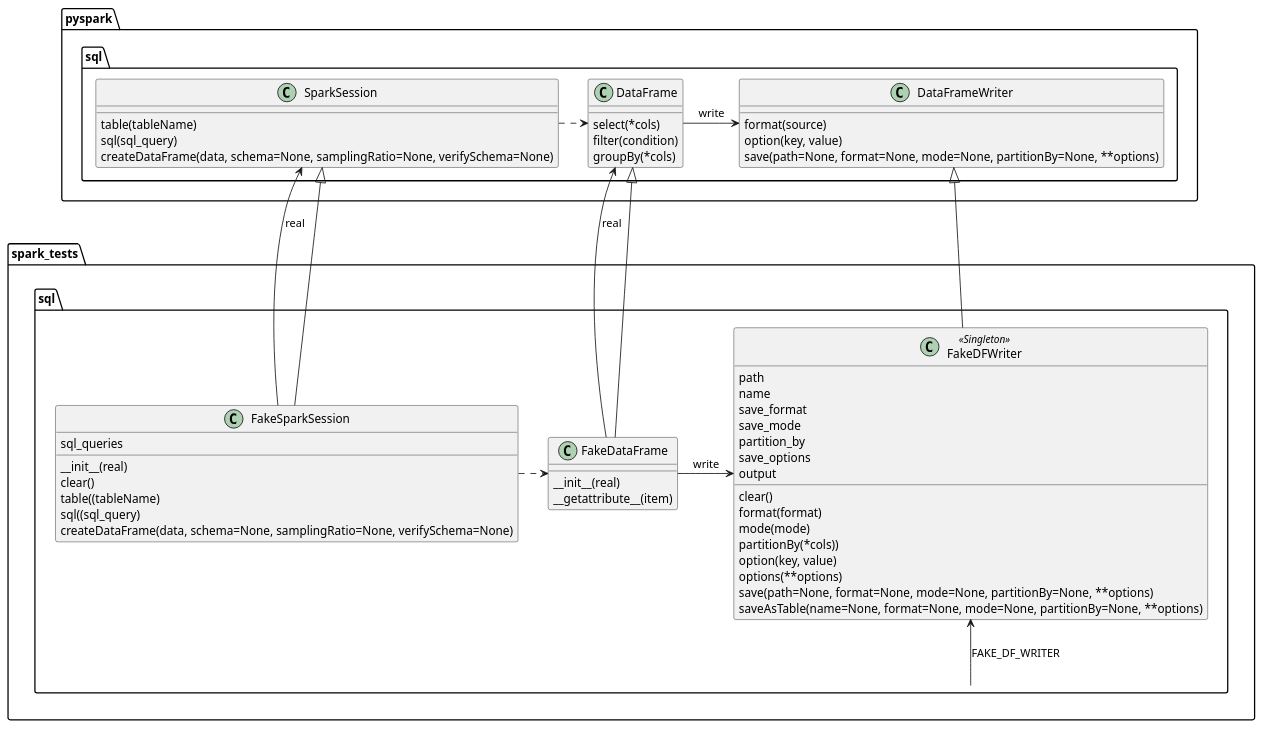
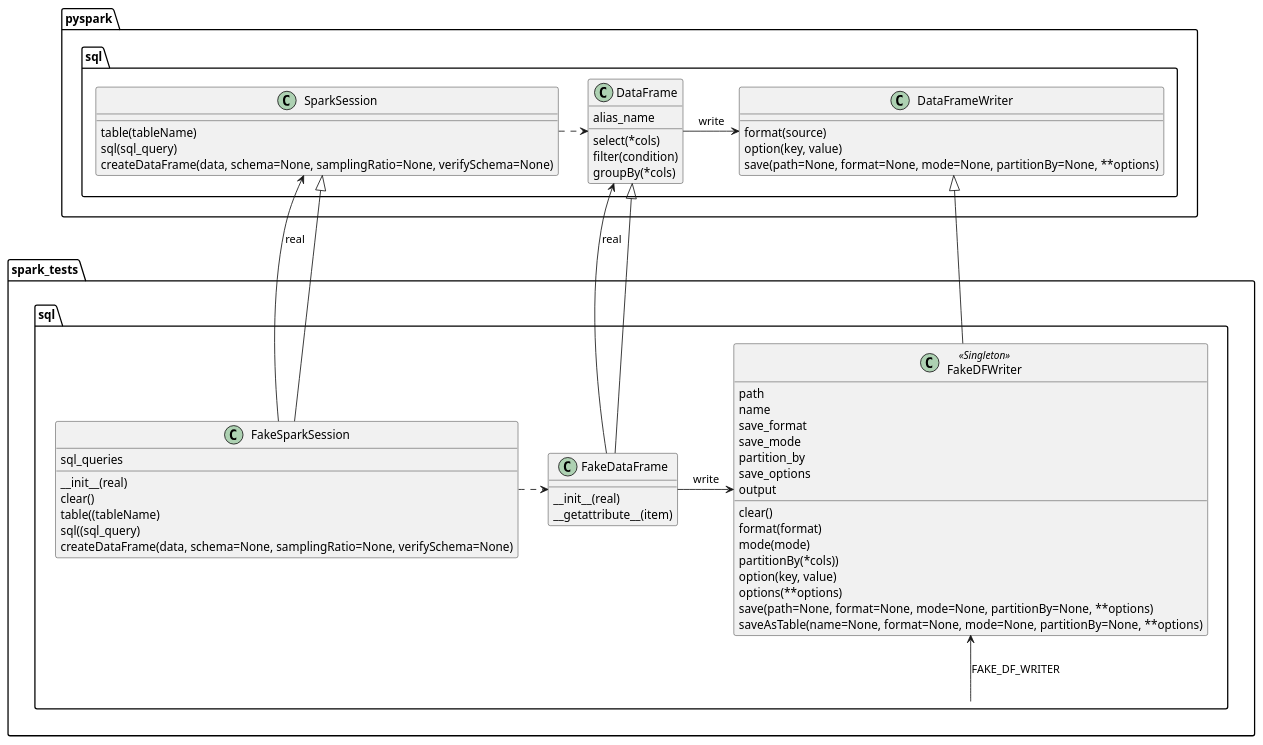
One commit to susumuasaga/spark-tests changed the diagram in src/spark_tests/sql.puml. Above: the diagram before and after it, drawn with PlantUML. The commit also changed 6 other files, not shown here.

```diff
--- a/src/spark_tests/sql.puml
+++ b/src/spark_tests/sql.puml
@@ -1,62 +1,63 @@
 @startuml
 class pyspark.sql.SparkSession {
     table(tableName)
     sql(sql_query)
     createDataFrame(data, schema=None, samplingRatio=None, verifySchema=None)
 }
 
 class spark_tests.sql.FakeSparkSession {
     sql_queries
     __init__(real)
     clear()
     table((tableName)
     sql((sql_query)
     createDataFrame(data, schema=None, samplingRatio=None, verifySchema=None)
 }
 spark_tests.sql.FakeSparkSession -up-> pyspark.sql.SparkSession: real
 spark_tests.sql.FakeSparkSession -up-|> pyspark.sql.SparkSession
 
 class pyspark.sql.DataFrame {
+    alias_name
     select(*cols)
     filter(condition)
     groupBy(*cols)
 }
 pyspark.sql.DataFrame <.left. pyspark.sql.SparkSession
 
 class spark_tests.sql.FakeDataFrame {
     __init__(real)
     __getattribute__(item)
 }
 spark_tests.sql.FakeDataFrame -up-> pyspark.sql.DataFrame: real
 spark_tests.sql.FakeDataFrame -up-|> pyspark.sql.DataFrame
 spark_tests.sql.FakeDataFrame <.left. spark_tests.sql.FakeSparkSession
 
 class pyspark.sql.DataFrameWriter {
     format(source)
     option(key, value)
     save(path=None, format=None, mode=None, partitionBy=None, **options)
 }
 pyspark.sql.DataFrameWriter <-left- pyspark.sql.DataFrame: write
 
 class spark_tests.sql.FakeDFWriter <<Singleton>> {
     path
     name
     save_format
     save_mode
     partition_by
     save_options
     output
     clear()
     format(format)
     mode(mode)
     partitionBy(*cols))
     option(key, value)
     options(**options)
     save(path=None, format=None, mode=None, partitionBy=None, **options)
     saveAsTable(name=None, format=None, mode=None, partitionBy=None, **options)
 }
 spark_tests.sql.FakeDFWriter -up-|> pyspark.sql.DataFrameWriter
 spark_tests.sql.FakeDFWriter <-left- spark_tests.sql.FakeDataFrame: write
 
 spark_tests.sql -up-> spark_tests.sql.FakeDFWriter: FAKE_DF_WRITER
 @enduml
```
